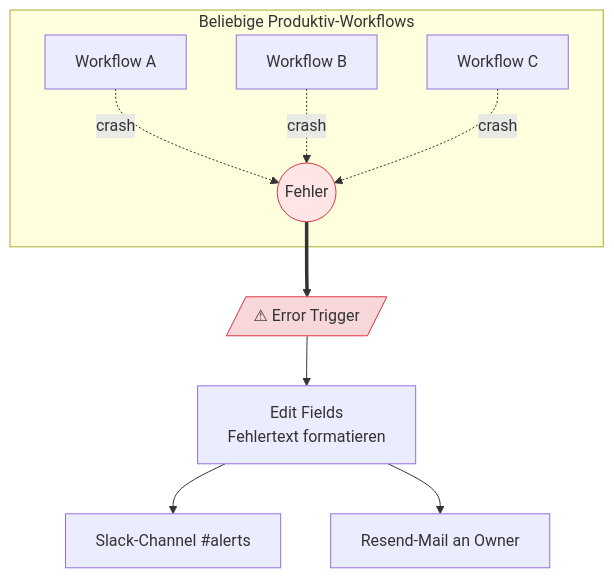
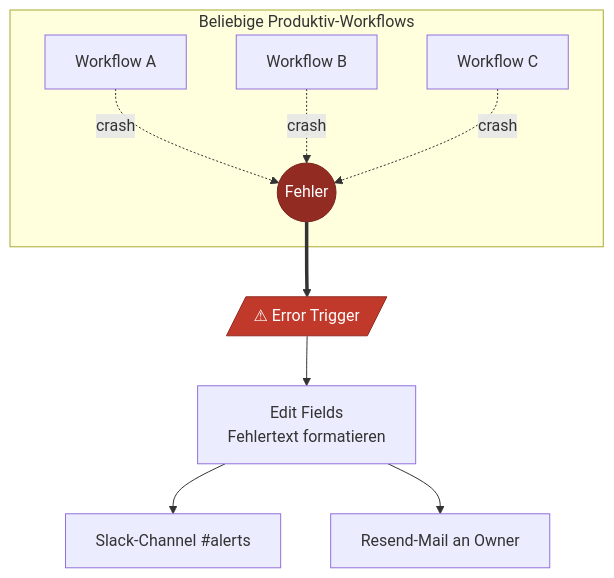
One commit to ericleddin/m4-n8n-demos changed diagram 15 of 15 in docs/n8n_learning/n8n_Datenfluss_Kompendium_v2.md. Above: the diagram before and after it, drawn with Mermaid. The commit also changed other lines of this file and 4 other files, not shown here.

Commit message:
Add AI agent, LLM, and n8n developer guides; standardize Mermaid colors

````diff
--- a/docs/n8n_learning/n8n_Datenfluss_Kompendium_v2.md
+++ b/docs/n8n_learning/n8n_Datenfluss_Kompendium_v2.md
@@ -415,16 +415,16 @@
 ```mermaid
 flowchart TB
     subgraph WFs["Beliebige Produktiv-Workflows"]
         W1[Workflow A] -.crash.-> X((Fehler))
         W2[Workflow B] -.crash.-> X
         W3[Workflow C] -.crash.-> X
     end
 
     X ==> ET[/"⚠ Error Trigger"/]
     ET --> Fmt[Edit Fields<br/>Fehlertext formatieren]
     Fmt --> Slack[Slack-Channel #alerts]
     Fmt --> Mail[Resend-Mail an Owner]
 
-    style ET fill:#f8d7da,stroke:#dc3545
-    style X fill:#ffe5e5,stroke:#dc3545
+    style ET fill:#c0392b,stroke:#922b21,color:#fff
+    style X fill:#922b21,stroke:#7b241c,color:#fff
 ```
````
